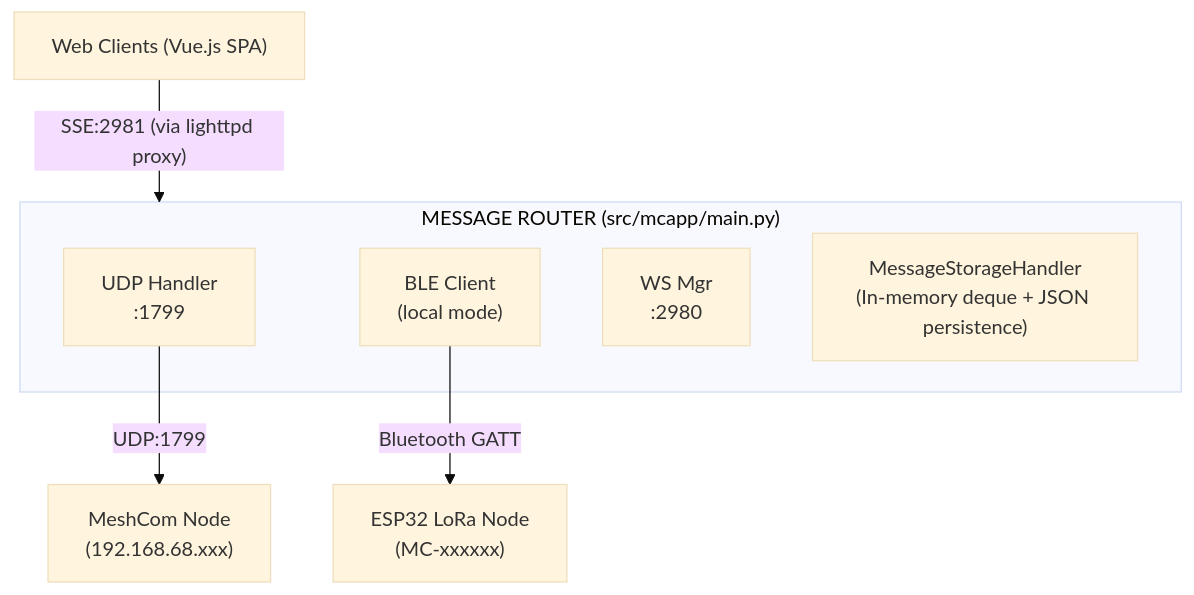
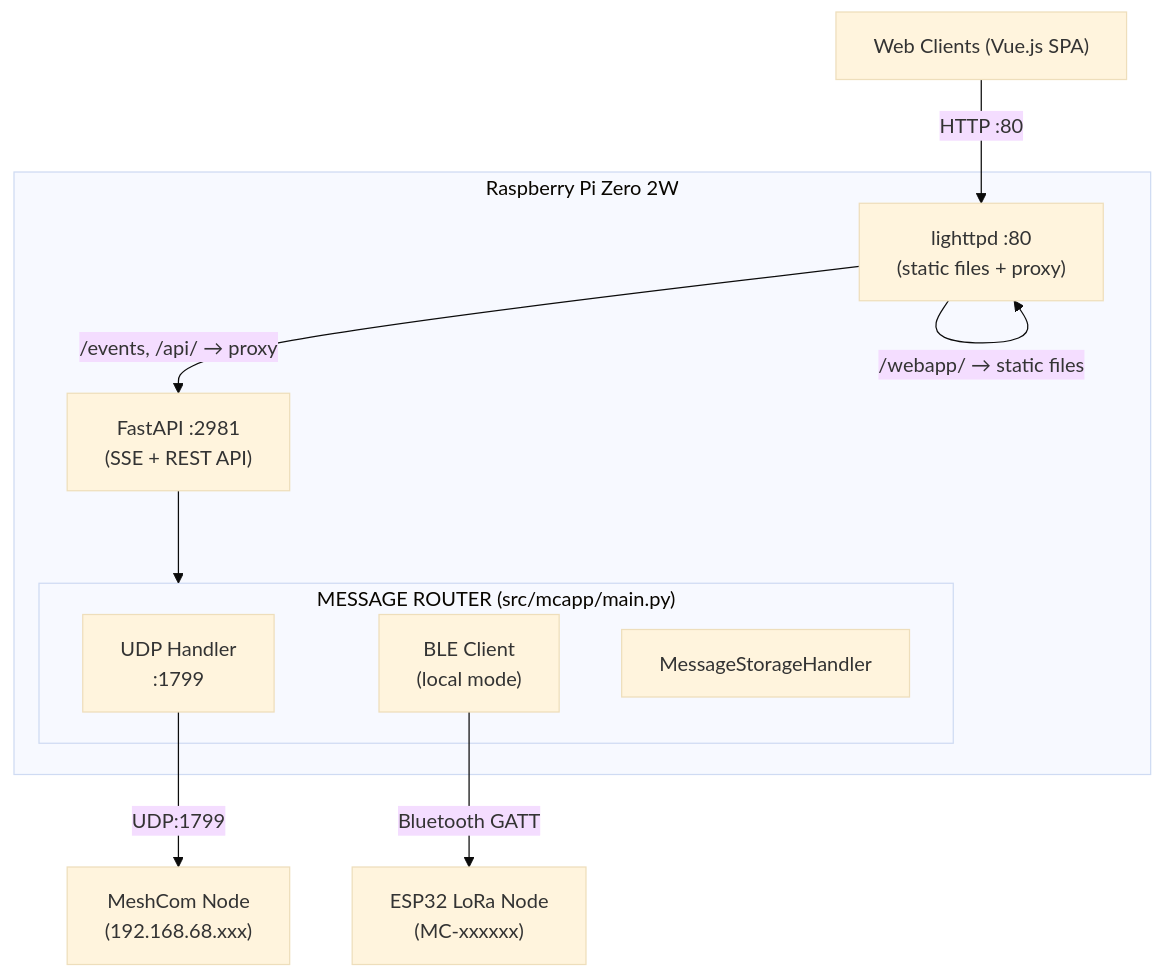
The first of 3 diagrams in CLAUDE.md (DK5EN/McApp), drawn with Mermaid (base theme) before and after one commit. The commit also changed other lines of this file and 24 other files, not shown here.

First line of the commit message:
[feat] Remove WebSocket, add lighttpd proxy rules, add TLS remote access addon

````diff
--- a/CLAUDE.md
+++ b/CLAUDE.md
@@ -12,16 +12,24 @@
 ```mermaid
 flowchart TD
     WC["Web Clients (Vue.js SPA)"]
 
-    WC -- "SSE:2981 (via lighttpd proxy)" --> MR
+    WC -- "HTTP :80" --> LH
 
-    subgraph MR["MESSAGE ROUTER (src/mcapp/main.py)"]
-        UDP["UDP Handler<br/>:1799"]
-        BLE["BLE Client<br/>(local mode)"]
-        WS["WS Mgr<br/>:2980"]
-        MSH["MessageStorageHandler<br/>(In-memory deque + JSON persistence)"]
+    subgraph Pi["Raspberry Pi Zero 2W"]
+        LH["lighttpd :80<br/>(static files + proxy)"]
+        FA["FastAPI :2981<br/>(SSE + REST API)"]
+
+        subgraph MR["MESSAGE ROUTER (src/mcapp/main.py)"]
+            UDP["UDP Handler<br/>:1799"]
+            BLE["BLE Client<br/>(local mode)"]
+            MSH["MessageStorageHandler"]
+        end
+
+        LH -- "/webapp/ → static files" --> LH
+        LH -- "/events, /api/ → proxy" --> FA
+        FA --> MR
     end
 
     UDP -- "UDP:1799" --> MCN["MeshCom Node<br/>(192.168.68.xxx)"]
     BLE -- "Bluetooth GATT" --> ESP["ESP32 LoRa Node<br/>(MC-xxxxxx)"]
 ```
````
